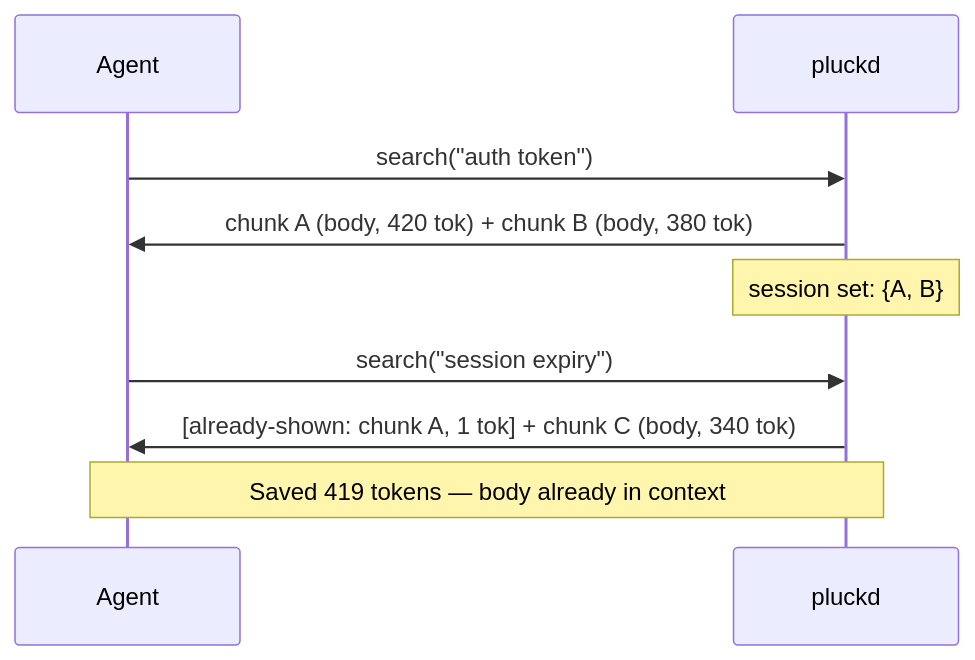
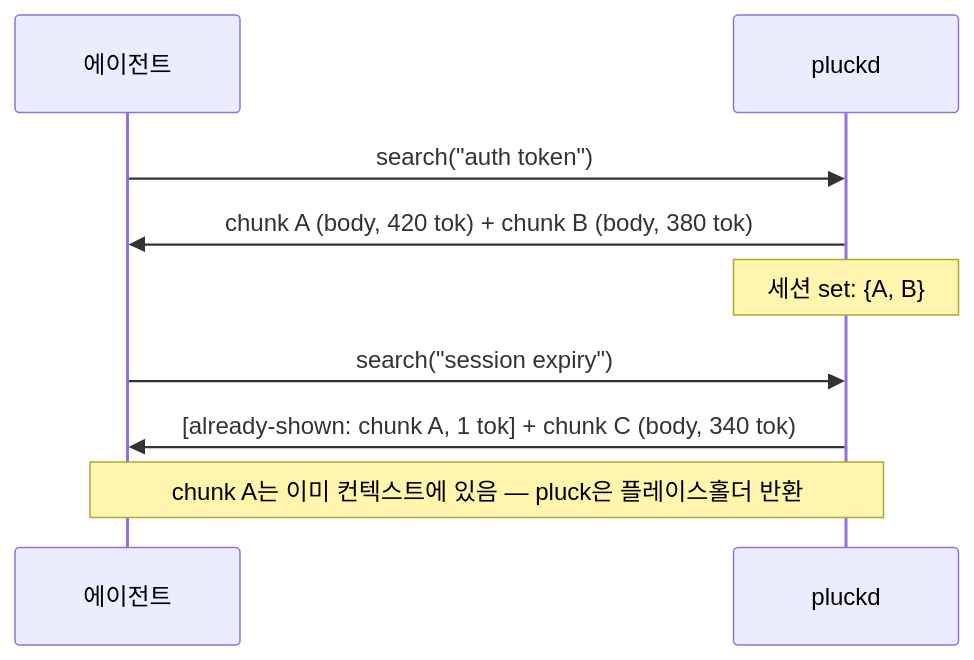
The second of 4 diagrams in README.ko.md (hunhee98/pluck), drawn with Mermaid before and after one commit. The commit also changed other lines of this file and 1 other file, not shown here.

````diff
--- a/README.ko.md
+++ b/README.ko.md
@@ -83,11 +88,11 @@
 ```mermaid
 sequenceDiagram
-  participant A as Agent
+  participant A as 에이전트
   participant P as pluckd
   A->>P: search("auth token")
   P->>A: chunk A (body, 420 tok) + chunk B (body, 380 tok)
-  Note over P: session set: {A, B}
+  Note over P: 세션 set: {A, B}
   A->>P: search("session expiry")
   P->>A: [already-shown: chunk A, 1 tok] + chunk C (body, 340 tok)
-  Note over A,P: Saved 419 tokens — body already in context
+  Note over A,P: chunk A는 이미 컨텍스트에 있음 — pluck은 플레이스홀더 반환
 ```
````
